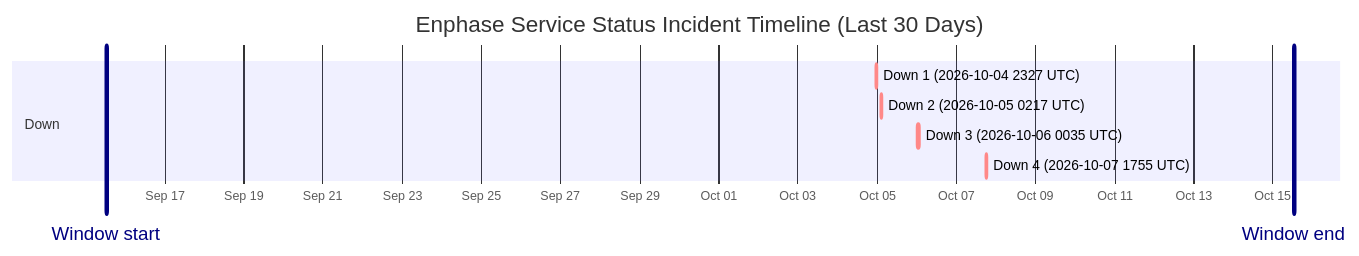
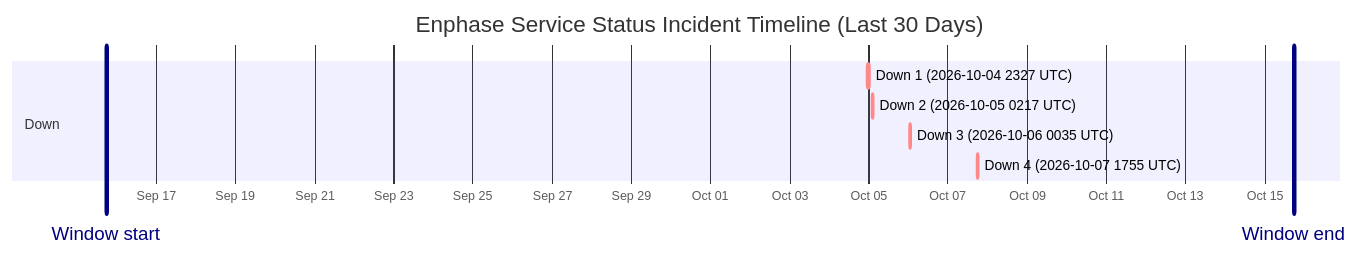
One commit to barneyonline/ha-enphase-energy changed the diagram in wiki/Service-Status-History.md. Above: the diagram before and after it, drawn with Mermaid. The commit also changed other lines of this file and 3 other files, not shown here.

````diff
--- a/wiki/Service-Status-History.md
+++ b/wiki/Service-Status-History.md
@@ -14,13 +14,13 @@
 ```mermaid
 gantt
     title Enphase Service Status Incident Timeline (Last 30 Days)
     dateFormat  YYYY-MM-DDTHH:mm:ss
     axisFormat  %b %d
-    Window start :vert, window-start, 2026-09-15T12:33:46, 0ms
-    Window end :vert, window-end, 2026-10-15T12:33:46, 0ms
+    Window start :vert, window-start, 2026-09-15T17:36:16, 0ms
+    Window end :vert, window-end, 2026-10-15T17:36:16, 0ms
     section Down
     Down 1 (2026-10-04 2327 UTC) :crit, down-1, 2026-10-04T23:27:34, 60m
     Down 2 (2026-10-05 0217 UTC) :crit, down-2, 2026-10-05T02:17:30, 60m
     Down 3 (2026-10-06 0035 UTC) :crit, down-3, 2026-10-06T00:35:21, 60m
     Down 4 (2026-10-07 1755 UTC) :crit, down-4, 2026-10-07T17:55:16, 60m
 ```
````
